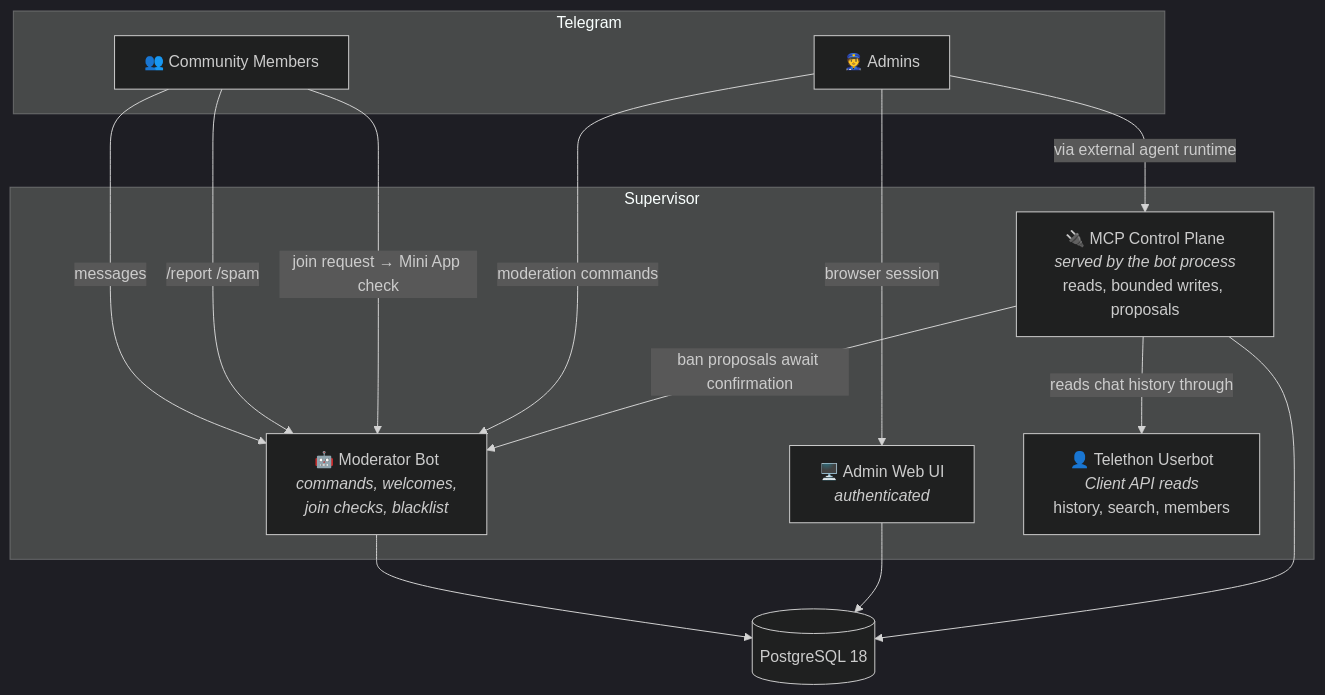
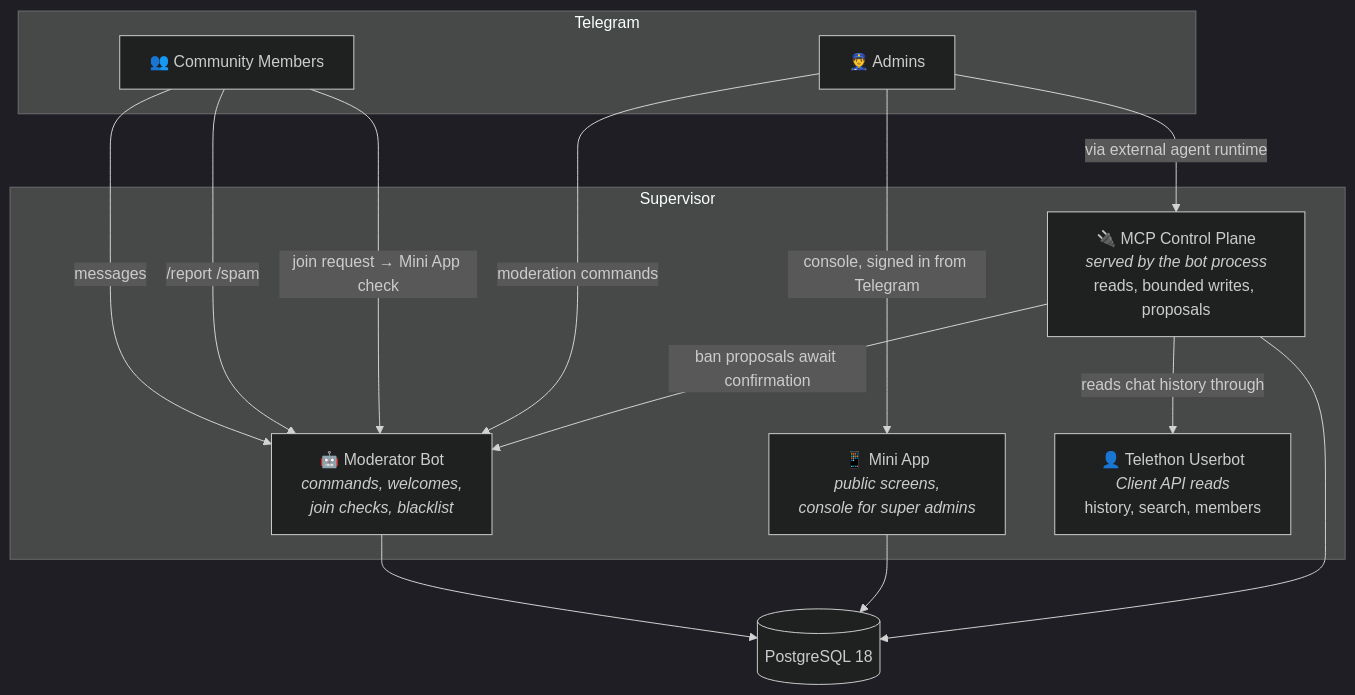
Before and after one commit to vsem-azamat/supervisor-telegram: the diagram in README.md, drawn with Mermaid (dark theme). The commit also changed other lines of this file and 98 other files, not shown here.

First line of the commit message:
The Svelte console retires; the Mini App's console is the console (#133)

````diff
--- a/README.md
+++ b/README.md
@@ -36,28 +36,28 @@
 ```mermaid
 graph TB
     subgraph Telegram["Telegram"]
         Users["👥 Community Members"]
         Admins["👮 Admins"]
     end
 
     subgraph System["Supervisor"]
         ModBot["🤖 Moderator Bot<br/><i>commands, welcomes,<br/>join checks, blacklist</i>"]
         MCP["🔌 MCP Control Plane<br/><i>served by the bot process</i><br/>reads, bounded writes, proposals"]
-        WebUI["🖥️ Admin Web UI<br/><i>authenticated</i>"]
+        WebUI["📱 Mini App<br/><i>public screens,<br/>console for super admins</i>"]
         Userbot["👤 Telethon Userbot<br/><i>Client API reads</i><br/>history, search, members"]
     end
 
     PG[("PostgreSQL 18")]
 
     Users -->|messages| ModBot
     Users -->|/report /spam| ModBot
     Users -->|join request → Mini App check| ModBot
     Admins -->|moderation commands| ModBot
-    Admins -->|browser session| WebUI
+    Admins -->|console, signed in from Telegram| WebUI
     Admins -->|via external agent runtime| MCP
     MCP -->|ban proposals await confirmation| ModBot
     MCP -->|reads chat history through| Userbot
     ModBot --> PG
     WebUI --> PG
     MCP --> PG
 ```
````
